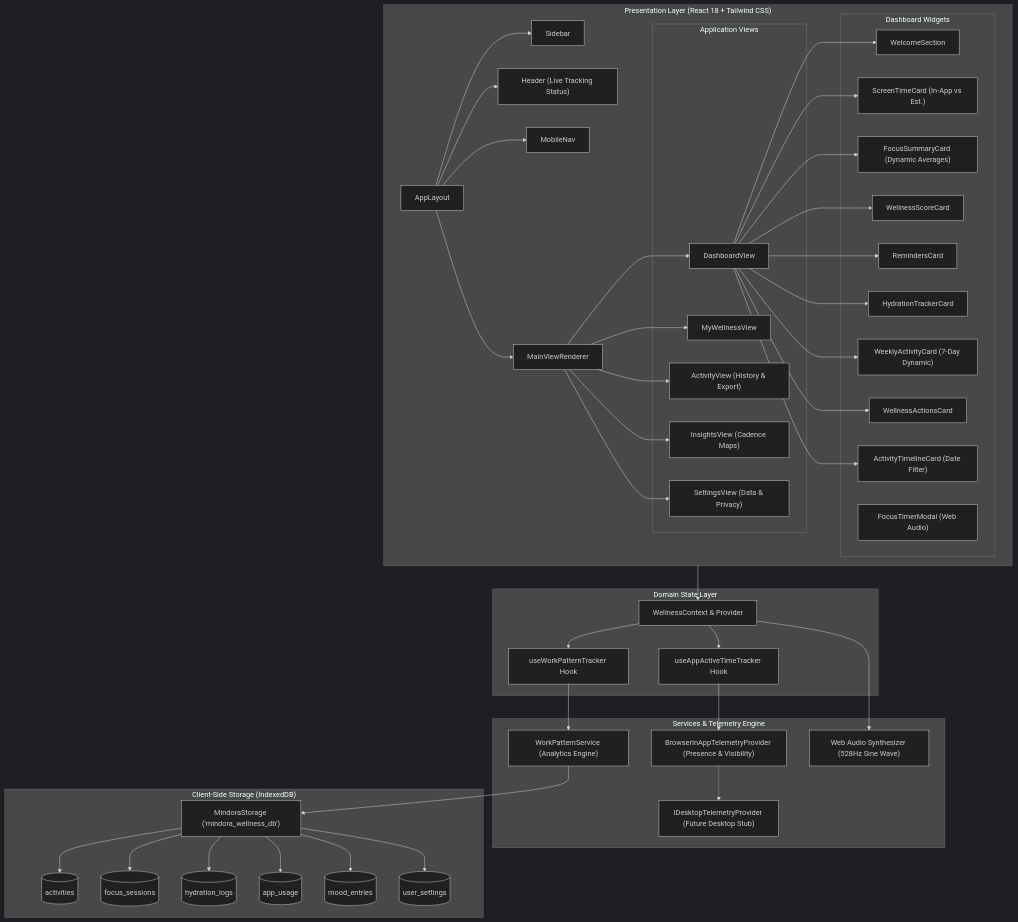
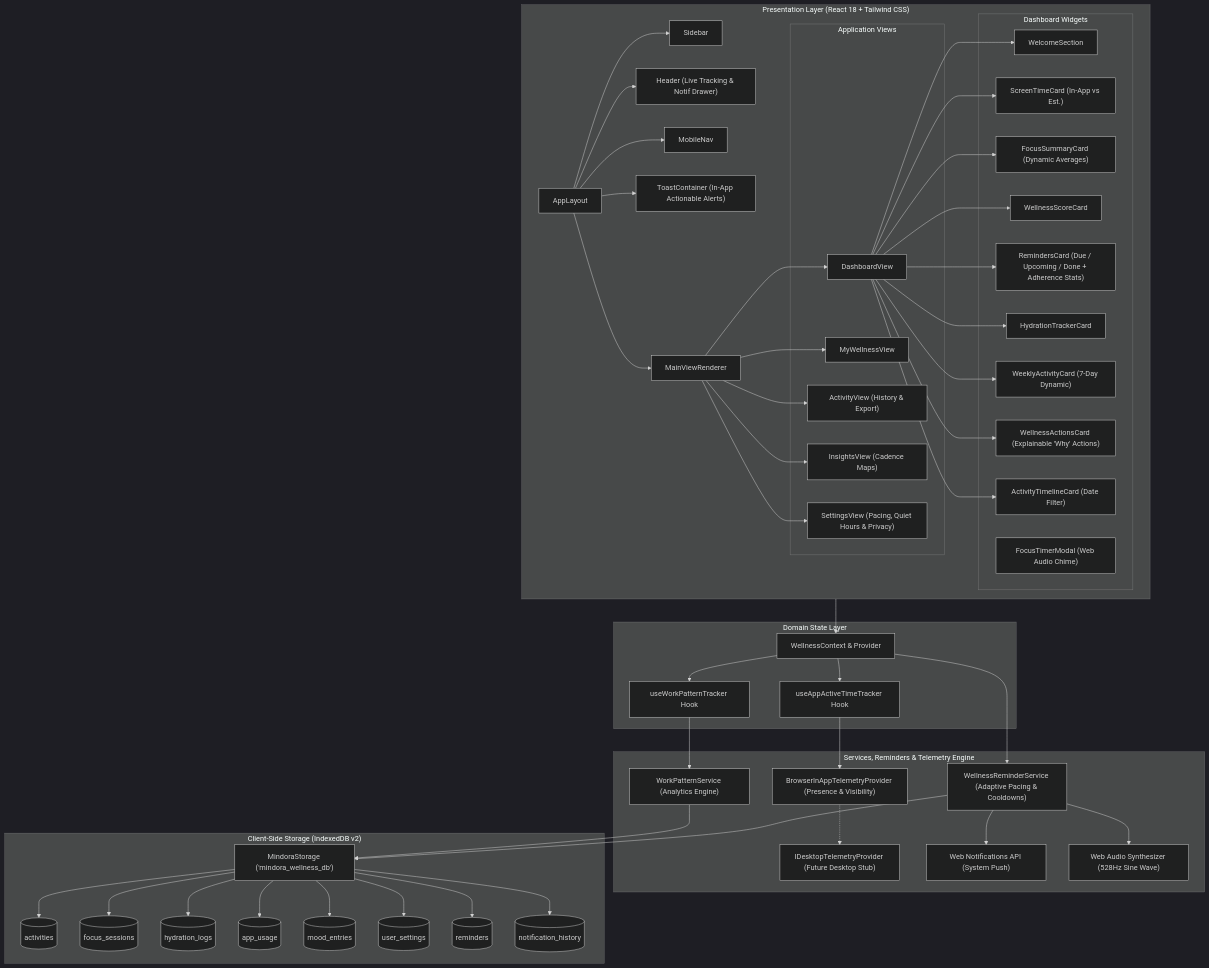
One commit to Nataraj-EL/mindora changed the diagram in docs/architecture.md. Above: the diagram before and after it, drawn with Mermaid (dark theme). The commit also changed other lines of this file and 14 other files, not shown here.

Commit message:
feat: implement adaptive wellness reminder engine

````diff
--- a/docs/architecture.md
+++ b/docs/architecture.md
@@ -23,67 +24,73 @@
 ```mermaid
 flowchart TD
     subgraph UI_Layer ["Presentation Layer (React 18 + Tailwind CSS)"]
         AL["AppLayout"]
         SB["Sidebar"]
-        HD["Header (Live Tracking Status)"]
+        HD["Header (Live Tracking & Notif Drawer)"]
         MN["MobileNav"]
+        TC["ToastContainer (In-App Actionable Alerts)"]
         VR["MainViewRenderer"]
         
         subgraph Views ["Application Views"]
             DV["DashboardView"]
             WV["MyWellnessView"]
             AV["ActivityView (History & Export)"]
             IV["InsightsView (Cadence Maps)"]
-            SV["SettingsView (Data & Privacy)"]
+            SV["SettingsView (Pacing, Quiet Hours & Privacy)"]
         end
         
         subgraph DashboardComponents ["Dashboard Widgets"]
             WS["WelcomeSection"]
             ST["ScreenTimeCard (In-App vs Est.)"]
             FS["FocusSummaryCard (Dynamic Averages)"]
-            FT["FocusTimerModal (Web Audio)"]
+            FT["FocusTimerModal (Web Audio Chime)"]
             WSC["WellnessScoreCard"]
-            RC["RemindersCard"]
+            RC["RemindersCard (Due / Upcoming / Done + Adherence Stats)"]
             HC["HydrationTrackerCard"]
             WAC["WeeklyActivityCard (7-Day Dynamic)"]
-            WRA["WellnessActionsCard"]
+            WRA["WellnessActionsCard (Explainable 'Why' Actions)"]
             AT["ActivityTimelineCard (Date Filter)"]
         end
     end
 
     subgraph State_Layer ["Domain State Layer"]
         WC["WellnessContext & Provider"]
         UAT["useAppActiveTimeTracker Hook"]
         WPT["useWorkPatternTracker Hook"]
     end
 
-    subgraph Service_Layer ["Services & Telemetry Engine"]
+    subgraph Service_Layer ["Services, Reminders & Telemetry Engine"]
+        WRS["WellnessReminderService (Adaptive Pacing & Cooldowns)"]
         WPS["WorkPatternService (Analytics Engine)"]
         BTP["BrowserInAppTelemetryProvider (Presence & Visibility)"]
         ITP["IDesktopTelemetryProvider (Future Desktop Stub)"]
+        WNA["Web Notifications API (System Push)"]
         AUD["Web Audio Synthesizer (528Hz Sine Wave)"]
     end
 
-    subgraph Storage_Layer ["Client-Side Storage (IndexedDB)"]
+    subgraph Storage_Layer ["Client-Side Storage (IndexedDB v2)"]
         IDB["MindoraStorage ('mindora_wellness_db')"]
         S1[("activities")]
         S2[("focus_sessions")]
         S3[("hydration_logs")]
         S4[("app_usage")]
         S5[("mood_entries")]
         S6[("user_settings")]
+        S7[("reminders")]
+        S8[("notification_history")]
     end
 
-    AL --> SB & HD & MN & VR
+    AL --> SB & HD & MN & TC & VR
     VR --> DV & WV & AV & IV & SV
     DV --> WS & ST & FS & WSC & RC & HC & WAC & WRA & AT
     
     UI_Layer --> WC
-    WC --> UAT & WPT
+    WC --> UAT & WPT & WRS
+    WRS --> WNA & AUD
     UAT --> BTP
     WPT --> WPS
     BTP -.-> ITP
     WPS --> IDB
-    IDB --> S1 & S2 & S3 & S4 & S5 & S6
-    WC --> AUD
+    WRS --> IDB
+    IDB --> S1 & S2 & S3 & S4 & S5 & S6 & S7 & S8
 ```
````
